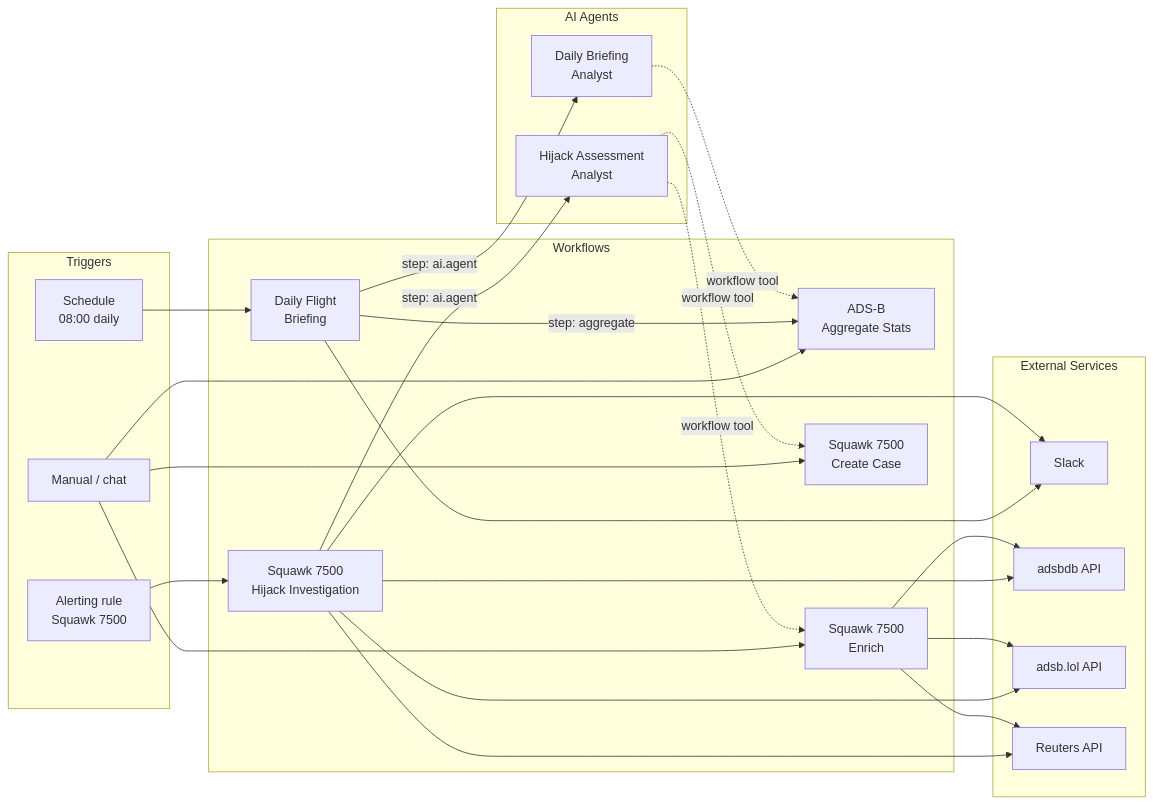
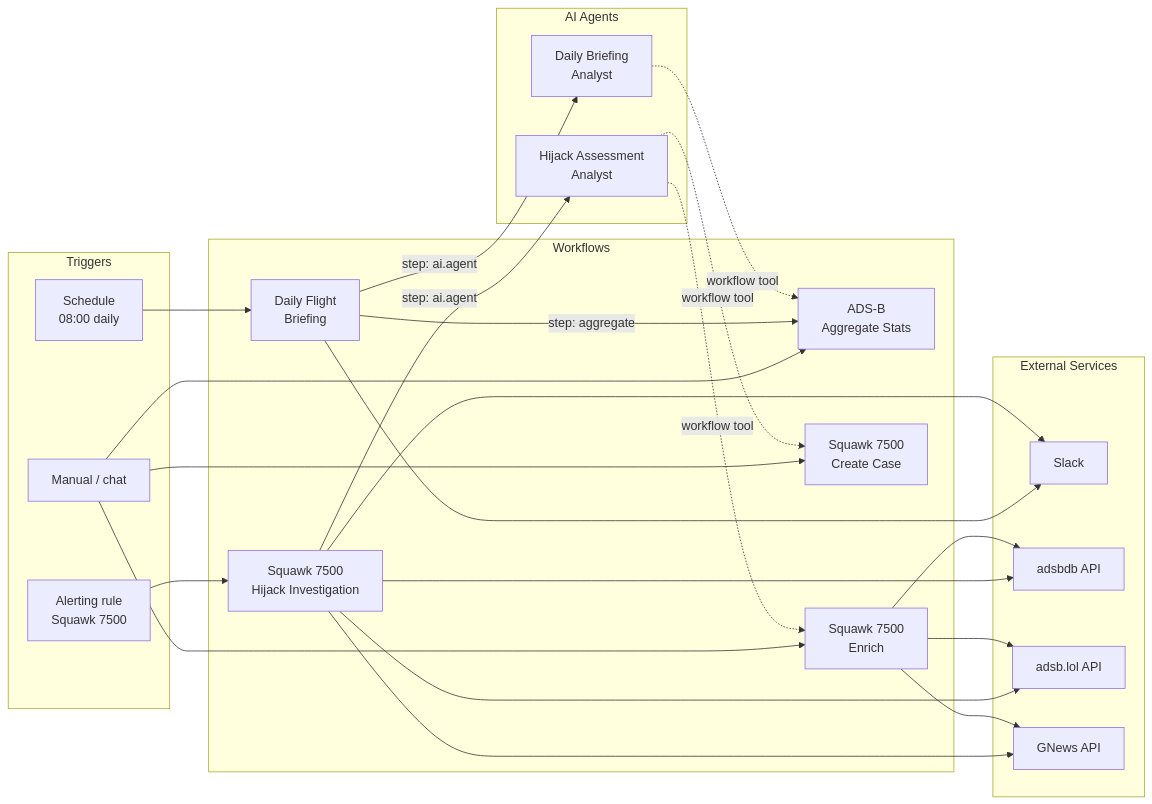
One commit to face0b1101/adsb-demo changed the first of 6 diagrams in elasticsearch/workflows/README.md. Above: the diagram before and after it, drawn with Mermaid. The commit also changed other lines of this file and 9 other files, not shown here.

First line of the commit message:
fix: replace defunct Reuters API with GNews for news correlation

````diff
--- a/elasticsearch/workflows/README.md
+++ b/elasticsearch/workflows/README.md
@@ -25,53 +25,53 @@
 ```mermaid
 flowchart LR
     subgraph triggers [Triggers]
         Schedule["Schedule\n08:00 daily"]
         AlertRule["Alerting rule\nSquawk 7500"]
         Manual["Manual / chat"]
     end
 
     subgraph workflows [Workflows]
         AggStats["ADS-B\nAggregate Stats"]
         DailyBriefing["Daily Flight\nBriefing"]
         HijackInvestigation["Squawk 7500\nHijack Investigation"]
         Enrich["Squawk 7500\nEnrich"]
         CreateCase["Squawk 7500\nCreate Case"]
     end
 
     subgraph agents [AI Agents]
         BriefingAgent["Daily Briefing\nAnalyst"]
         HijackAgent["Hijack Assessment\nAnalyst"]
     end
 
     subgraph external [External Services]
         Slack["Slack"]
         adsbdb["adsbdb API"]
         adsblol["adsb.lol API"]
-        Reuters["Reuters API"]
+        GNews["GNews API"]
     end
 
     Schedule --> DailyBriefing
     AlertRule --> HijackInvestigation
     Manual --> AggStats
     Manual --> Enrich
     Manual --> CreateCase
 
     DailyBriefing -->|"step: aggregate"| AggStats
     DailyBriefing -->|"step: ai.agent"| BriefingAgent
     DailyBriefing --> Slack
 
     BriefingAgent -.->|"workflow tool"| AggStats
 
     HijackInvestigation -->|"step: ai.agent"| HijackAgent
     HijackInvestigation --> Slack
     HijackInvestigation --> adsbdb
     HijackInvestigation --> adsblol
-    HijackInvestigation --> Reuters
+    HijackInvestigation --> GNews
 
     HijackAgent -.->|"workflow tool"| Enrich
     HijackAgent -.->|"workflow tool"| CreateCase
 
     Enrich --> adsbdb
     Enrich --> adsblol
-    Enrich --> Reuters
+    Enrich --> GNews
 ```
````
